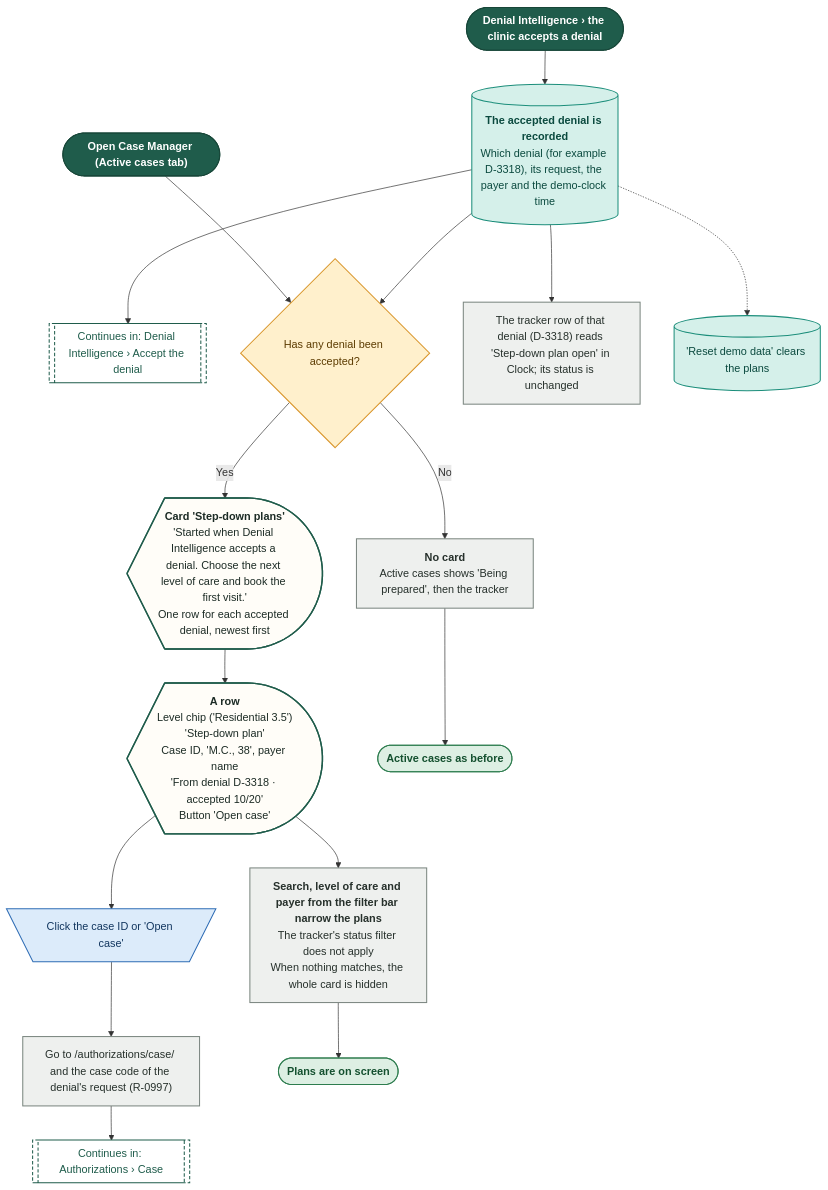
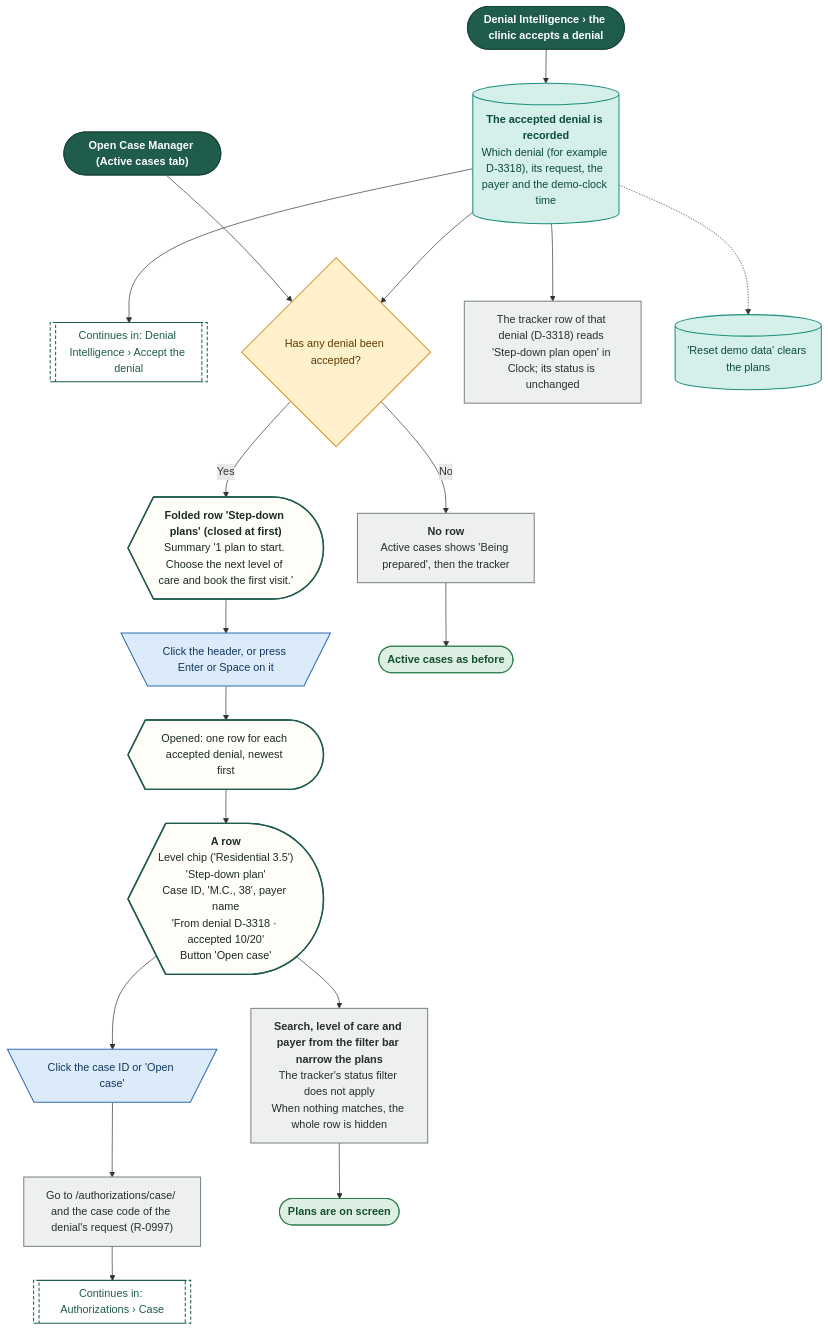
The sixth of 22 diagrams in demos/prior-auth-demo/workflows/out/md/07-case-manager.md (Shrav143/psyfloapp), drawn with Mermaid before and after one commit. The commit also changed other lines of this file and 192 other files, not shown here.

First line of the commit message:
docs: changelog by sidebar tab; README, diagrams and Settings layout aligned with the refinement; shared InfoTip; referral cost-share line

````diff
--- a/demos/prior-auth-demo/workflows/out/md/07-case-manager.md
+++ b/demos/prior-auth-demo/workflows/out/md/07-case-manager.md
@@ -401,53 +411,55 @@
 ```mermaid
 %%{init: {"theme":"base","themeVariables":{"fontFamily":"'DM Sans', 'Segoe UI', system-ui, sans-serif","fontSize":"15px","lineColor":"#5B6B63","primaryTextColor":"#1C2B25","clusterBkg":"#FBF8F3","clusterBorder":"#D9CDBB","edgeLabelBackground":"#FFFFFF"},"flowchart":{"curve":"basis","nodeSpacing":36,"rankSpacing":48,"padding":12,"htmlLabels":true,"useMaxWidth":false,"wrappingWidth":230}} }%%
 flowchart TD
   classDef k_start fill:#1F5C4B,stroke:#174638,color:#FFFFFF,stroke-width:1.5px,font-weight:600
   classDef k_end fill:#DDEFE3,stroke:#2E7D4F,color:#14502F,stroke-width:1.5px,font-weight:600
   classDef k_endx fill:#FBE3E0,stroke:#C0392B,color:#7A1F16,stroke-width:1.5px,font-weight:600
   classDef k_screen fill:#FFFDF8,stroke:#1F5C4B,color:#1C2B25,stroke-width:2px
   classDef k_overlay fill:#F1F7F3,stroke:#1F5C4B,color:#1C2B25,stroke-width:2px,stroke-dasharray:5 3
   classDef k_click fill:#DCEBFA,stroke:#2F6DB5,color:#12365F,stroke-width:1.5px
   classDef k_input fill:#E4E7FF,stroke:#4C5FD5,color:#1D2670,stroke-width:1.5px
   classDef k_process fill:#EEF0EE,stroke:#7A857F,color:#26302B,stroke-width:1.5px
   classDef k_agent fill:#EEE5FA,stroke:#7A4FC2,color:#341A63,stroke-width:1.5px
   classDef k_decision fill:#FFF0CC,stroke:#D9962B,color:#5C3B00,stroke-width:1.5px
   classDef k_store fill:#D5F0EA,stroke:#1C8E7B,color:#0B4A3F,stroke-width:1.5px
   classDef k_doc fill:#F6E9DC,stroke:#B07A4C,color:#4A2E14,stroke-width:1.5px
   classDef k_ext fill:#FFE6D2,stroke:#E07B39,color:#6B2F06,stroke-width:1.5px
   classDef k_wait fill:#E4E8EE,stroke:#6B7C93,color:#26303D,stroke-width:1.5px
   classDef k_toast fill:#FFF9DB,stroke:#C9A400,color:#5A4A00,stroke-width:1.5px
   classDef k_goto fill:#FFFFFF,stroke:#1F5C4B,color:#1F5C4B,stroke-width:1.5px,stroke-dasharray:5 3
   s1@{ shape: stadium, label: "Denial Intelligence › the clinic accepts a denial" }
   st1@{ shape: cyl, label: "<b>The accepted denial is recorded</b><br/>Which denial (for example D-3318), its request, the payer and the demo-clock time" }
   g1@{ shape: subproc, label: "Continues in: Denial Intelligence › Accept the denial" }
   s2@{ shape: stadium, label: "Open Case Manager (Active cases tab)" }
   d1@{ shape: diam, label: "Has any denial been accepted?" }
-  p0@{ shape: rect, label: "<b>No card</b><br/>Active cases shows 'Being prepared', then the tracker" }
-  c1@{ shape: curv-trap, label: "<b>Card 'Step-down plans'</b><br/>'Started when Denial Intelligence accepts a denial. Choose the next level of care and book the first visit.'<br/>One row for each accepted denial, newest first" }
+  p0@{ shape: rect, label: "<b>No row</b><br/>Active cases shows 'Being prepared', then the tracker" }
+  c1@{ shape: curv-trap, label: "<b>Folded row 'Step-down plans' (closed at first)</b><br/>Summary '1 plan to start. Choose the next level of care and book the first visit.'" }
+  co@{ shape: trap-t, label: "Click the header, or press Enter or Space on it" }
+  c1b@{ shape: curv-trap, label: "Opened: one row for each accepted denial, newest first" }
   r1@{ shape: curv-trap, label: "<b>A row</b><br/>Level chip ('Residential 3.5')<br/>'Step-down plan'<br/>Case ID, 'M.C., 38', payer name<br/>'From denial D-3318 · accepted 10/20'<br/>Button 'Open case'" }
-  p1@{ shape: rect, label: "<b>Search, level of care and payer from the filter bar narrow the plans</b><br/>The tracker's status filter does not apply<br/>When nothing matches, the whole card is hidden" }
+  p1@{ shape: rect, label: "<b>Search, level of care and payer from the filter bar narrow the plans</b><br/>The tracker's status filter does not apply<br/>When nothing matches, the whole row is hidden" }
   c2@{ shape: trap-t, label: "Click the case ID or 'Open case'" }
   p2@{ shape: rect, label: "Go to /authorizations/case/ and the case code of the denial's request (R-0997)" }
   g2@{ shape: subproc, label: "Continues in: Authorizations › Case" }
   p3@{ shape: rect, label: "The tracker row of that denial (D-3318) reads 'Step-down plan open' in Clock; its status is unchanged" }
   st2@{ shape: cyl, label: "'Reset demo data' clears the plans" }
   e1@{ shape: stadium, label: "Plans are on screen" }
   e2@{ shape: stadium, label: "Active cases as before" }
   s1 --> st1 --> g1
   st1 --> d1
   s2 --> d1
   d1 -->|"No"| p0 --> e2
-  d1 -->|"Yes"| c1 --> r1 --> p1
+  d1 -->|"Yes"| c1 --> co --> c1b --> r1 --> p1
   r1 --> c2 --> p2 --> g2
   p1 --> e1
   st1 --> p3
   st1 -.-> st2
   class s1,s2 k_start
   class st1,st2 k_store
   class g1,g2 k_goto
   class d1 k_decision
   class p0,p1,p2,p3 k_process
-  class c1,r1 k_screen
-  class c2 k_click
+  class c1,c1b,r1 k_screen
+  class co,c2 k_click
   class e1,e2 k_end
 ```
````
